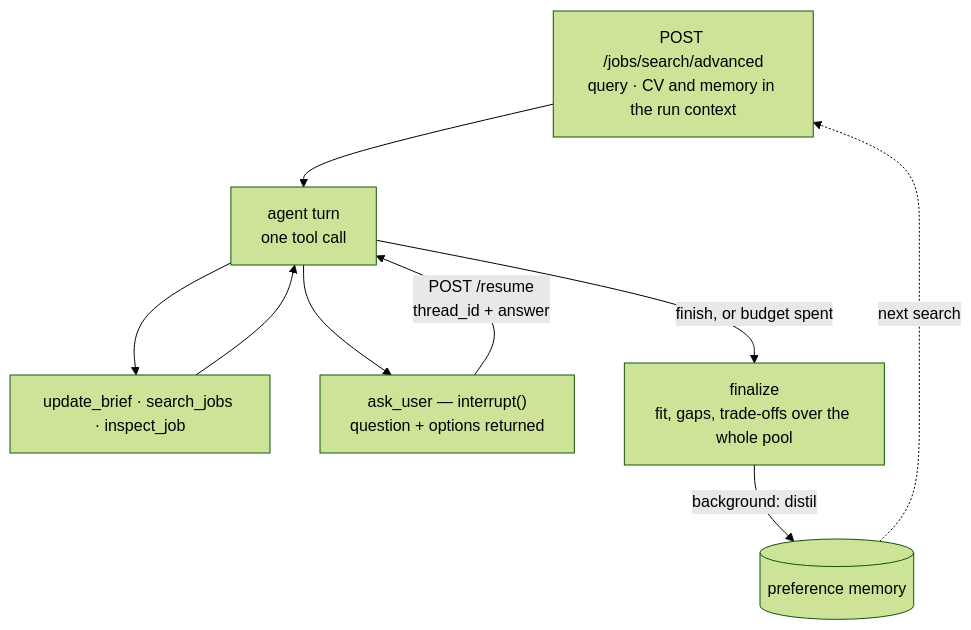
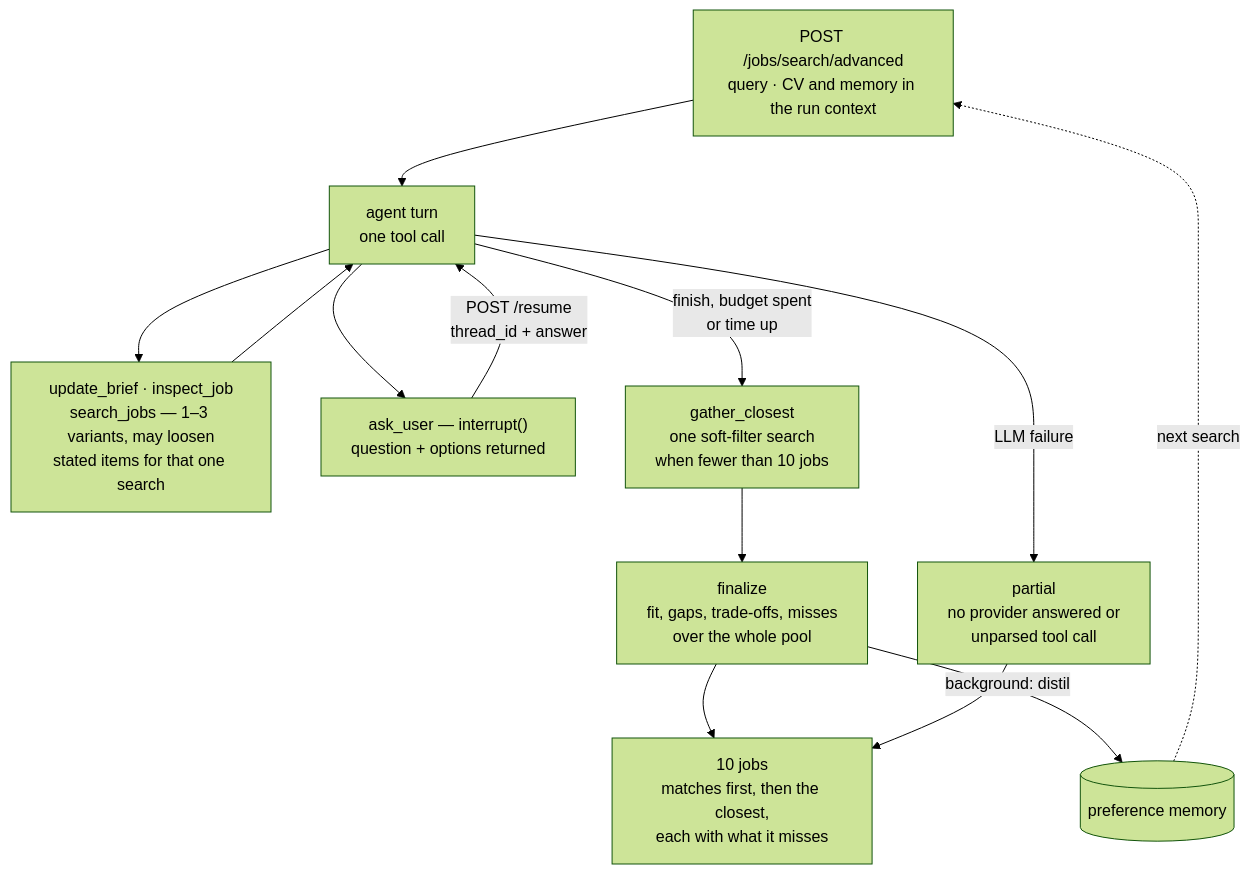
One commit to LorenzoSchiroli/jobsifty changed the fourth of 7 diagrams in README.md. Above: the diagram before and after it, drawn with Mermaid (forest theme). The commit also changed other lines of this file and 2 other files, not shown here.

First line of the commit message:
docs: README matches the code; red Stop button

````diff
--- a/README.md
+++ b/README.md
@@ -152,17 +157,21 @@
 ```mermaid
 flowchart TB
     A["POST /jobs/search/advanced<br/>query · CV and memory in the run context"]
     L["agent turn<br/>one tool call"]
-    T["update_brief · search_jobs · inspect_job"]
+    T["update_brief · inspect_job<br/>search_jobs — 1–3 variants, may loosen<br/>stated items for that one search"]
     Q["ask_user — interrupt()<br/>question + options returned"]
-    F["finalize<br/>fit, gaps, trade-offs over the whole pool"]
+    G["gather_closest<br/>one soft-filter search<br/>when fewer than 10 jobs"]
+    F["finalize<br/>fit, gaps, trade-offs, misses<br/>over the whole pool"]
+    P["partial<br/>no provider answered or<br/>unparsed tool call"]
+    R["10 jobs<br/>matches first, then the closest,<br/>each with what it misses"]
     M[("preference memory")]
 
     A --> L
     L --> T --> L
     L --> Q
     Q -->|"POST /resume<br/>thread_id + answer"| L
-    L -->|"finish, or budget spent"| F
+    L -->|"finish, budget spent<br/>or time up"| G --> F --> R
+    L -->|"LLM failure"| P --> R
     F -->|"background: distil"| M
     M -.->|"next search"| A
 ```
````
